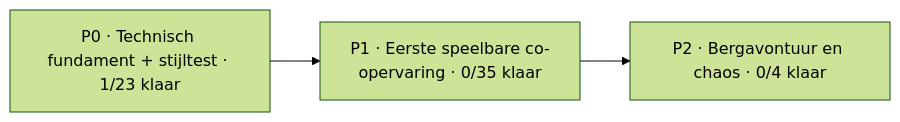
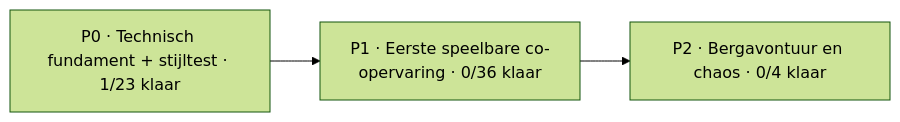
Before and after one commit to mlemson/conductor-chaos: the diagram in Docs/PROJECT_BOARD.md, drawn with Mermaid (forest theme). The commit also changed other lines of this file, not shown here.

````diff
--- a/Docs/PROJECT_BOARD.md
+++ b/Docs/PROJECT_BOARD.md
@@ -13,7 +13,7 @@
 ```mermaid
 flowchart LR
     P0["P0 · Technisch fundament + stijltest · 1/23 klaar"]
-    P1["P1 · Eerste speelbare co-opervaring · 0/35 klaar"]
+    P1["P1 · Eerste speelbare co-opervaring · 0/36 klaar"]
     P2["P2 · Bergavontuur en chaos · 0/4 klaar"]
     P0 --> P1 --> P2
 ```
````
